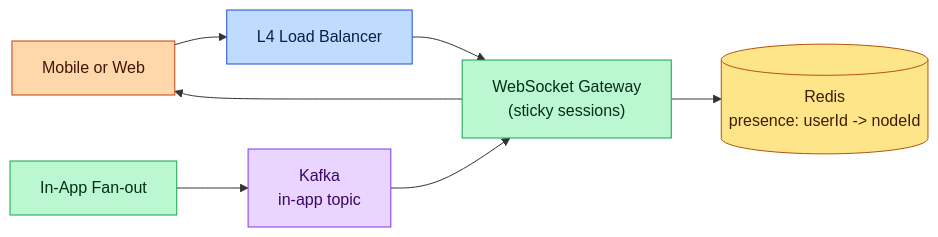
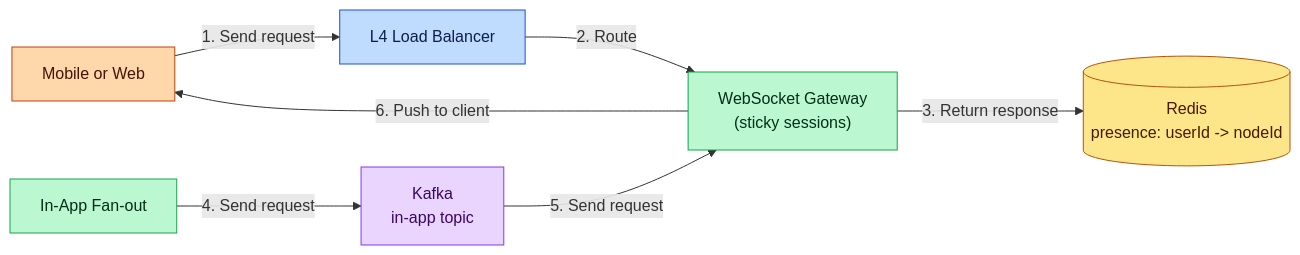
Before and after one commit to iluzn/HLD-Designs: the eighth of 16 diagrams in content/hld/NotificationSystem.md, drawn with Mermaid. The commit also changed other lines of this file and 27 other files, not shown here.

````diff
--- a/content/hld/NotificationSystem.md
+++ b/content/hld/NotificationSystem.md
@@ -656,22 +656,22 @@
 ```mermaid
 flowchart LR
     APP["Mobile or Web"]:::client
     LB["L4 Load Balancer"]:::edge
     WS["WebSocket Gateway<br/>(sticky sessions)"]:::service
     PRESENCE[("Redis<br/>presence: userId -> nodeId")]:::data
     KAFKA["Kafka<br/>in-app topic"]:::async
     FANOUT["In-App Fan-out"]:::service
 
-    APP --> LB
-    LB --> WS
-    WS --> PRESENCE
-    FANOUT --> KAFKA
-    KAFKA --> WS
-    WS --> APP
+    APP -->|"1. Send request"| LB
+    LB -->|"2. Route"| WS
+    WS -->|"3. Return response"| PRESENCE
+    FANOUT -->|"4. Send request"| KAFKA
+    KAFKA -->|"5. Send request"| WS
+    WS -->|"6. Push to client"| APP
 
     classDef client fill:#fed7aa,stroke:#c2410c,color:#431407
     classDef edge fill:#bfdbfe,stroke:#1d4ed8,color:#0c1f4a
     classDef service fill:#bbf7d0,stroke:#16a34a,color:#052e16
     classDef async fill:#e9d5ff,stroke:#7c3aed,color:#3b0764
     classDef data fill:#fde68a,stroke:#b45309,color:#451a03
 ```
````
